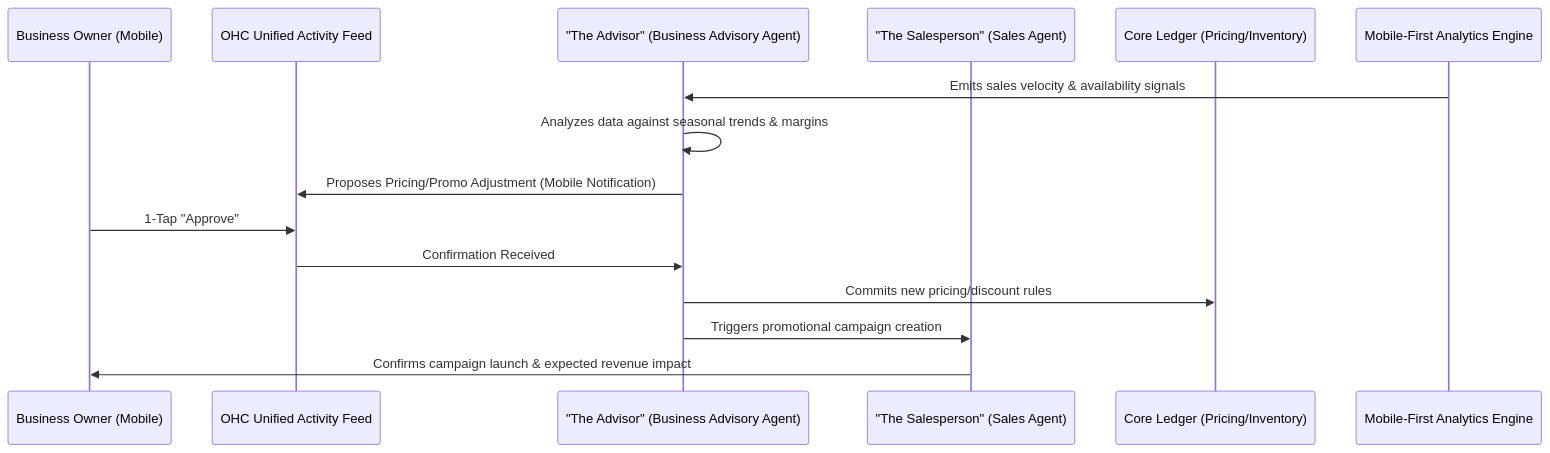
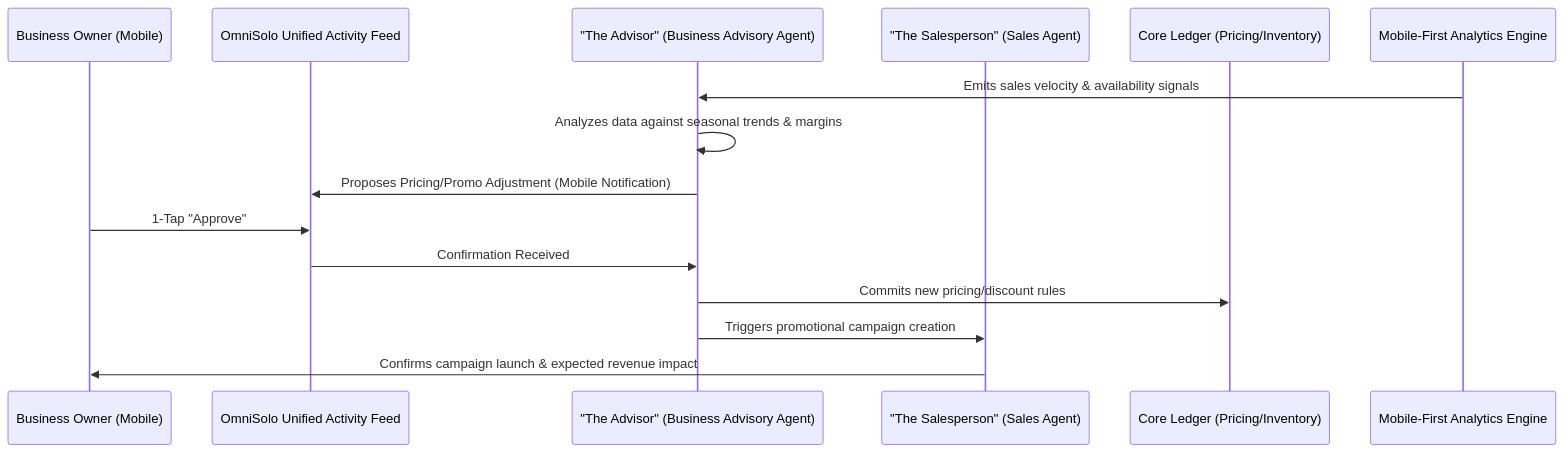
The diagram in docs/research/[architecture]_ai_driven_dynamic_pricing_and_promotional_yield_engine.md (omnisolo-llc/onehumancorp), drawn with Mermaid before and after one commit. The commit also changed other lines of this file and 2191 other files, not shown here.

Commit message:
feat: complete OmniSolo rename and browser audit

````diff
--- a/docs/research/[architecture]_ai_driven_dynamic_pricing_and_promotional_yield_engine.md
+++ b/docs/research/[architecture]_ai_driven_dynamic_pricing_and_promotional_yield_engine.md
@@ -17,18 +17,18 @@
 ```mermaid
 sequenceDiagram
     participant User as Business Owner (Mobile)
-    participant Feed as OHC Unified Activity Feed
+    participant Feed as OmniSolo Unified Activity Feed
     participant Advisory as "The Advisor" (Business Advisory Agent)
     participant Sales as "The Salesperson" (Sales Agent)
     participant Ledger as Core Ledger (Pricing/Inventory)
     participant Analytics as Mobile-First Analytics Engine
 
     Analytics->>Advisory: Emits sales velocity & availability signals
     Advisory->>Advisory: Analyzes data against seasonal trends & margins
     Advisory->>Feed: Proposes Pricing/Promo Adjustment (Mobile Notification)
     User->>Feed: 1-Tap "Approve"
     Feed->>Advisory: Confirmation Received
     Advisory->>Ledger: Commits new pricing/discount rules
     Advisory->>Sales: Triggers promotional campaign creation
     Sales->>User: Confirms campaign launch & expected revenue impact
 ```
````
